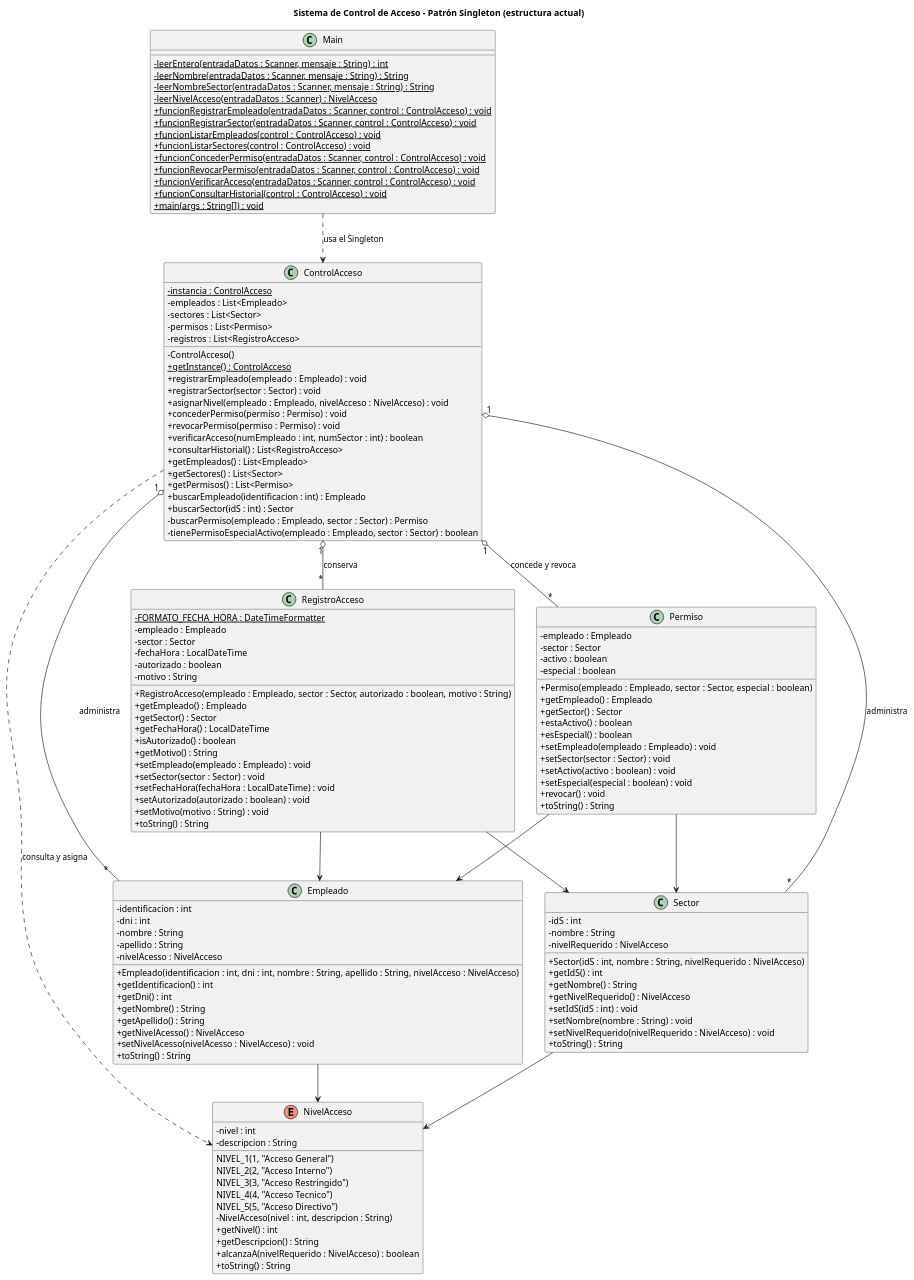
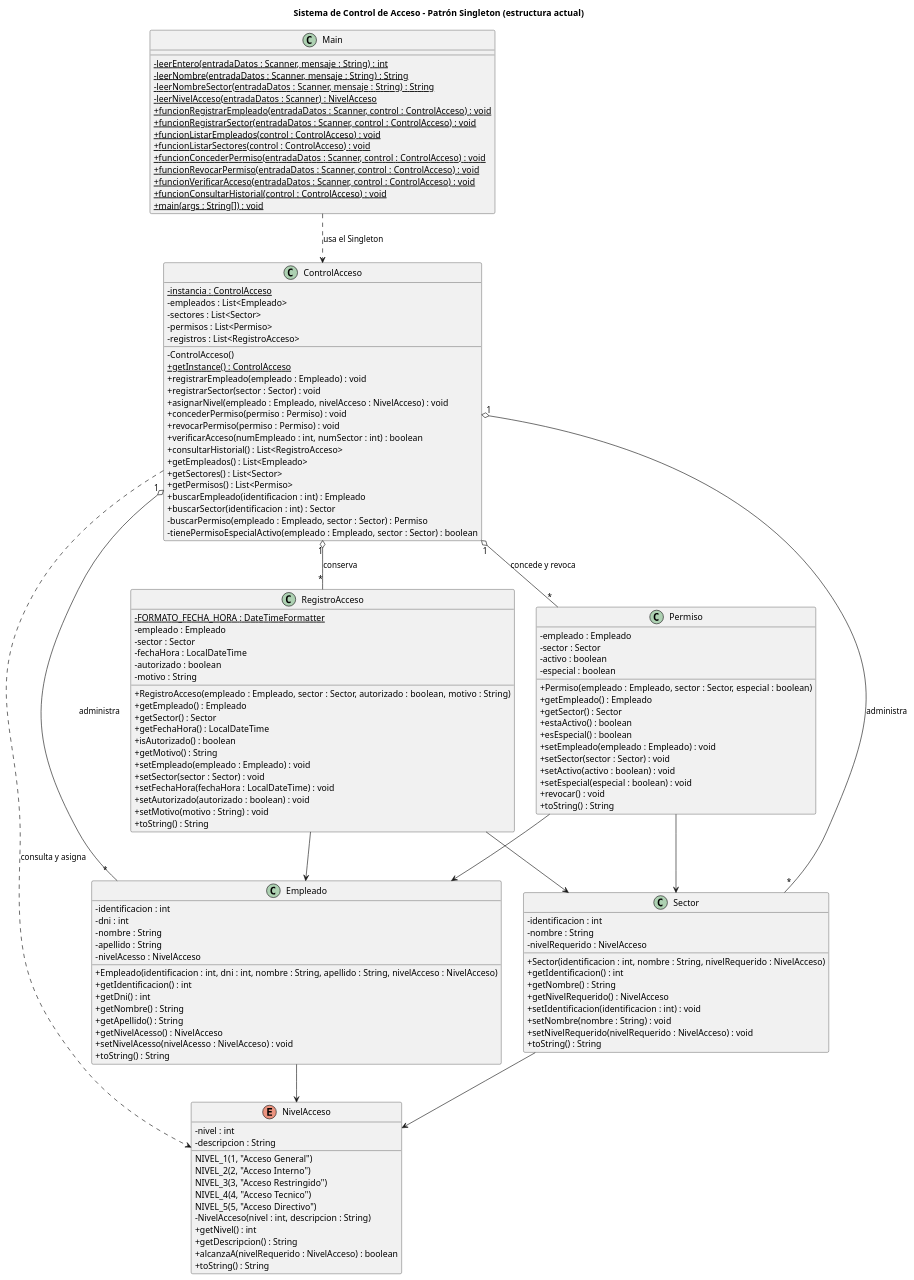
Before and after one commit to PatronSingleton-DisenoSoftware/Patron-Singleton-Software-EGI: the diagram in docs/assets/uml-clases.puml, drawn with PlantUML. The commit also changed 11 other files, not shown here.

First line of the commit message:
Renombra Sector.idS a identificacion (ADR-04)

```diff
--- a/docs/assets/uml-clases.puml
+++ b/docs/assets/uml-clases.puml
@@ -1,147 +1,147 @@
 @startuml uml-clases
 ' Diagrama de clases de la Sección II, alineado al código de src/.
 ' Renderizar con PlantUML y exportar como uml-clases.png para el documento de entrega.
 
 skinparam classAttributeIconSize 0
 skinparam shadowing false
 
 title Sistema de Control de Acceso - Patrón Singleton (estructura actual)
 
 class ControlAcceso {
   {static} -instancia : ControlAcceso
   -empleados : List<Empleado>
   -sectores : List<Sector>
   -permisos : List<Permiso>
   -registros : List<RegistroAcceso>
   -ControlAcceso()
   {static} +getInstance() : ControlAcceso
   +registrarEmpleado(empleado : Empleado) : void
   +registrarSector(sector : Sector) : void
   +asignarNivel(empleado : Empleado, nivelAcceso : NivelAcceso) : void
   +concederPermiso(permiso : Permiso) : void
   +revocarPermiso(permiso : Permiso) : void
   +verificarAcceso(numEmpleado : int, numSector : int) : boolean
   +consultarHistorial() : List<RegistroAcceso>
   +getEmpleados() : List<Empleado>
   +getSectores() : List<Sector>
   +getPermisos() : List<Permiso>
   +buscarEmpleado(identificacion : int) : Empleado
-  +buscarSector(idS : int) : Sector
+  +buscarSector(identificacion : int) : Sector
   -buscarPermiso(empleado : Empleado, sector : Sector) : Permiso
   -tienePermisoEspecialActivo(empleado : Empleado, sector : Sector) : boolean
 }
 
 class Empleado {
   -identificacion : int
   -dni : int
   -nombre : String
   -apellido : String
   -nivelAcesso : NivelAcceso
   +Empleado(identificacion : int, dni : int, nombre : String, apellido : String, nivelAcceso : NivelAcceso)
   +getIdentificacion() : int
   +getDni() : int
   +getNombre() : String
   +getApellido() : String
   +getNivelAcesso() : NivelAcceso
   +setNivelAcesso(nivelAcesso : NivelAcceso) : void
   +toString() : String
 }
 
 class Sector {
-  -idS : int
+  -identificacion : int
   -nombre : String
   -nivelRequerido : NivelAcceso
-  +Sector(idS : int, nombre : String, nivelRequerido : NivelAcceso)
-  +getIdS() : int
+  +Sector(identificacion : int, nombre : String, nivelRequerido : NivelAcceso)
+  +getIdentificacion() : int
   +getNombre() : String
   +getNivelRequerido() : NivelAcceso
-  +setIdS(idS : int) : void
+  +setIdentificacion(identificacion : int) : void
   +setNombre(nombre : String) : void
   +setNivelRequerido(nivelRequerido : NivelAcceso) : void
   +toString() : String
 }
 
 class Permiso {
   -empleado : Empleado
   -sector : Sector
   -activo : boolean
   -especial : boolean
   +Permiso(empleado : Empleado, sector : Sector, especial : boolean)
   +getEmpleado() : Empleado
   +getSector() : Sector
   +estaActivo() : boolean
   +esEspecial() : boolean
   +setEmpleado(empleado : Empleado) : void
   +setSector(sector : Sector) : void
   +setActivo(activo : boolean) : void
   +setEspecial(especial : boolean) : void
   +revocar() : void
   +toString() : String
 }
 
 class RegistroAcceso {
   {static} -FORMATO_FECHA_HORA : DateTimeFormatter
   -empleado : Empleado
   -sector : Sector
   -fechaHora : LocalDateTime
   -autorizado : boolean
   -motivo : String
   +RegistroAcceso(empleado : Empleado, sector : Sector, autorizado : boolean, motivo : String)
   +getEmpleado() : Empleado
   +getSector() : Sector
   +getFechaHora() : LocalDateTime
   +isAutorizado() : boolean
   +getMotivo() : String
   +setEmpleado(empleado : Empleado) : void
   +setSector(sector : Sector) : void
   +setFechaHora(fechaHora : LocalDateTime) : void
   +setAutorizado(autorizado : boolean) : void
   +setMotivo(motivo : String) : void
   +toString() : String
 }
 
 enum NivelAcceso {
   NIVEL_1(1, "Acceso General")
   NIVEL_2(2, "Acceso Interno")
   NIVEL_3(3, "Acceso Restringido")
   NIVEL_4(4, "Acceso Tecnico")
   NIVEL_5(5, "Acceso Directivo")
   -nivel : int
   -descripcion : String
   -NivelAcceso(nivel : int, descripcion : String)
   +getNivel() : int
   +getDescripcion() : String
   +alcanzaA(nivelRequerido : NivelAcceso) : boolean
   +toString() : String
 }
 
 class Main {
   {static} -leerEntero(entradaDatos : Scanner, mensaje : String) : int
   {static} -leerNombre(entradaDatos : Scanner, mensaje : String) : String
   {static} -leerNombreSector(entradaDatos : Scanner, mensaje : String) : String
   {static} -leerNivelAcceso(entradaDatos : Scanner) : NivelAcceso
   {static} +funcionRegistrarEmpleado(entradaDatos : Scanner, control : ControlAcceso) : void
   {static} +funcionRegistrarSector(entradaDatos : Scanner, control : ControlAcceso) : void
   {static} +funcionListarEmpleados(control : ControlAcceso) : void
   {static} +funcionListarSectores(control : ControlAcceso) : void
   {static} +funcionConcederPermiso(entradaDatos : Scanner, control : ControlAcceso) : void
   {static} +funcionRevocarPermiso(entradaDatos : Scanner, control : ControlAcceso) : void
   {static} +funcionVerificarAcceso(entradaDatos : Scanner, control : ControlAcceso) : void
   {static} +funcionConsultarHistorial(control : ControlAcceso) : void
   {static} +main(args : String[]) : void
 }
 
 ControlAcceso "1" o-- "*" Empleado : administra
 ControlAcceso "1" o-- "*" Sector : administra
 ControlAcceso "1" o-- "*" Permiso : concede y revoca
 ControlAcceso "1" o-- "*" RegistroAcceso : conserva
 ControlAcceso ..> NivelAcceso : consulta y asigna
 Permiso --> Empleado
 Permiso --> Sector
 RegistroAcceso --> Empleado
 RegistroAcceso --> Sector
 Empleado --> NivelAcceso
 Sector --> NivelAcceso
 Main ..> ControlAcceso : usa el Singleton
 
 @enduml
```
